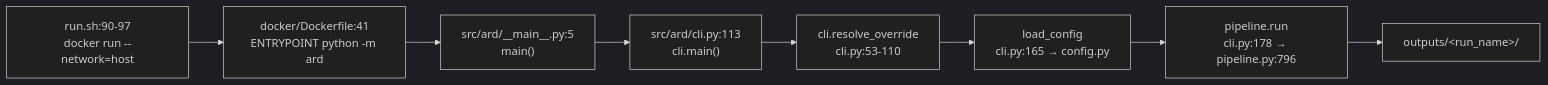
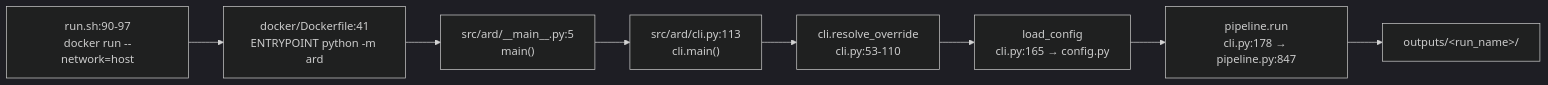
One commit to godthrone/anchor-replay-distillation changed the third of 5 diagrams in docs/architecture.md. Above: the diagram before and after it, drawn with Mermaid (dark theme). The commit also changed other lines of this file and 2 other files, not shown here.

````diff
--- a/docs/architecture.md
+++ b/docs/architecture.md
@@ -102,10 +102,10 @@
 ```mermaid
 flowchart LR
     R["run.sh:90-97<br/>docker run --network=host"] --> D["docker/Dockerfile:41<br/>ENTRYPOINT python -m ard"]
     D --> M["src/ard/__main__.py:5<br/>main()"]
     M --> C["src/ard/cli.py:113<br/>cli.main()"]
     C --> O["cli.resolve_override<br/>cli.py:53-110"]
     O --> L["load_config<br/>cli.py:165 → config.py"]
-    L --> P["pipeline.run<br/>cli.py:178 → pipeline.py:796"]
+    L --> P["pipeline.run<br/>cli.py:178 → pipeline.py:847"]
     P --> Out["outputs/&lt;run_name&gt;/"]
 ```
````
